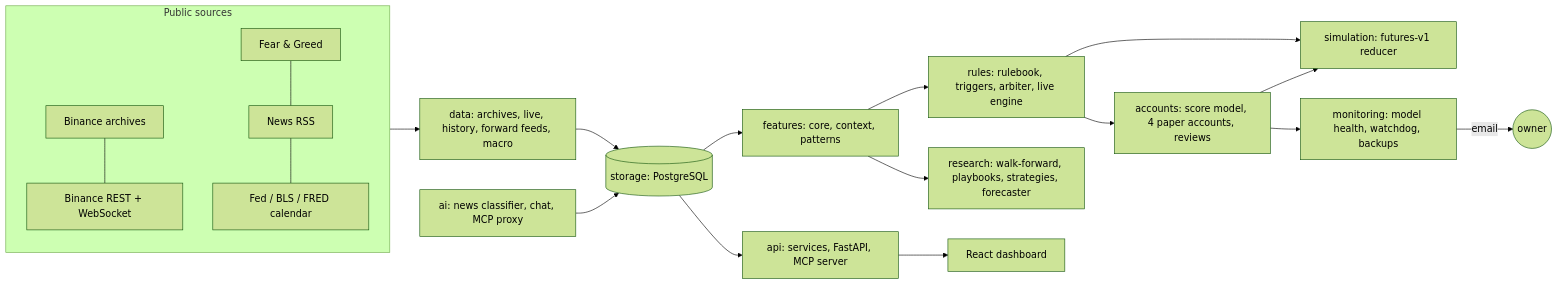
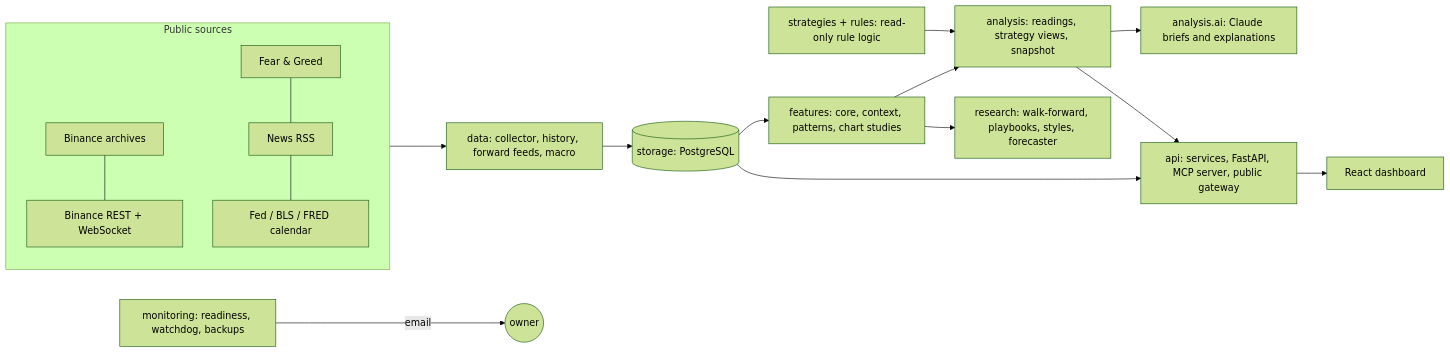
Before and after one commit to Jaideep27/Qunat-Pilot-BTC: the diagram in README.md, drawn with Mermaid (forest theme). The commit also changed other lines of this file and 31 other files, not shown here.

First line of the commit message:
Clean-up: remove the paper-trading code and the old model's serving; simplify what remains

````diff
--- a/README.md
+++ b/README.md
@@ -26,20 +21,18 @@
 ```mermaid
 flowchart LR
     subgraph Sources[Public sources]
         BV[Binance archives] --- BR[Binance REST + WebSocket]
         FG[Fear & Greed] --- RSS[News RSS] --- MAC[Fed / BLS / FRED calendar]
     end
-    Sources --> DATA[data: archives, live, history, forward feeds, macro]
+    Sources --> DATA[data: collector, history, forward feeds, macro]
     DATA --> DB[(storage: PostgreSQL)]
-    DB --> FEAT[features: core, context, patterns]
-    FEAT --> RULES[rules: rulebook, triggers, arbiter, live engine]
-    RULES --> ACC[accounts: score model, 4 paper accounts, reviews]
-    RULES --> SIM[simulation: futures-v1 reducer]
-    ACC --> SIM
-    FEAT --> RES[research: walk-forward, playbooks, strategies, forecaster]
-    ACC --> MON[monitoring: model health, watchdog, backups]
-    AI[ai: news classifier, chat, MCP proxy] --> DB
-    DB --> API[api: services, FastAPI, MCP server]
+    DB --> FEAT[features: core, context, patterns, chart studies]
+    FEAT --> AN[analysis: readings, strategy views, snapshot]
+    STRAT[strategies + rules: read-only rule logic] --> AN
+    AN --> AI[analysis.ai: Claude briefs and explanations]
+    FEAT --> RES[research: walk-forward, playbooks, styles, forecaster]
+    DB --> API[api: services, FastAPI, MCP server, public gateway]
+    AN --> API
     API --> UI[React dashboard]
-    MON -->|email| OWNER((owner))
+    MON[monitoring: readiness, watchdog, backups] -->|email| OWNER((owner))
 ```
````
